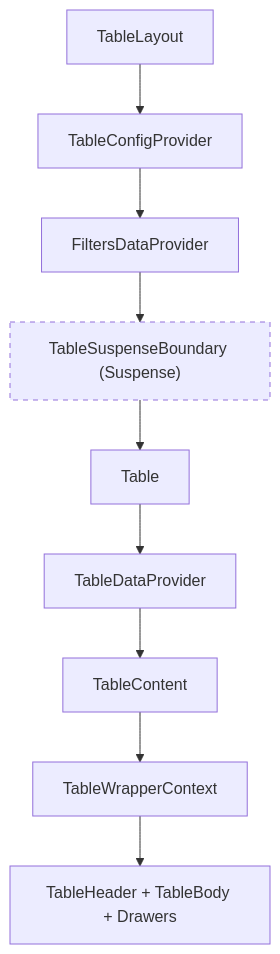
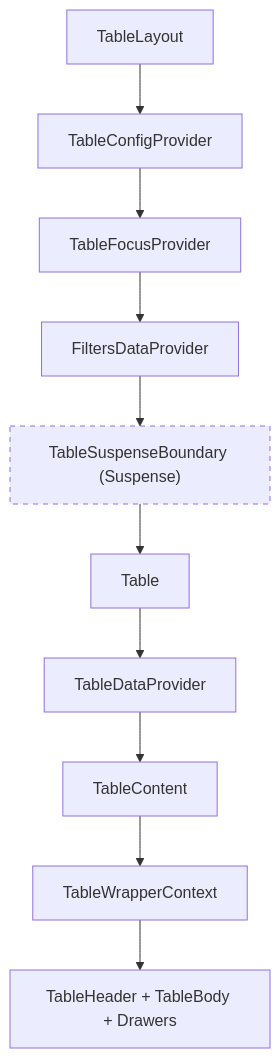
One commit to luciocabrera/lcabrera-stack changed the first of 3 diagrams in packages/ui/src/components/Table/contexts/ARCHITECTURE.md. Above: the diagram before and after it, drawn with Mermaid. The commit also changed other lines of this file and 107 other files, not shown here.

````diff
--- a/packages/ui/src/components/Table/contexts/ARCHITECTURE.md
+++ b/packages/ui/src/components/Table/contexts/ARCHITECTURE.md
@@ -35,13 +40,14 @@
 ```mermaid
 graph TD
   TL["TableLayout"] --> TCP["TableConfigProvider"]
-  TCP --> FDP["FiltersDataProvider"]
+  TCP --> TFP["TableFocusProvider"]
+  TFP --> FDP["FiltersDataProvider"]
   FDP --> TSB["TableSuspenseBoundary (Suspense)"]
   TSB --> T["Table"]
   T --> TDP["TableDataProvider"]
   TDP --> TC["TableContent"]
   TC --> TWC["TableWrapperContext"]
   TWC --> Children["TableHeader + TableBody + Drawers"]
 
   style TSB stroke-dasharray: 5 5
 ```
````
